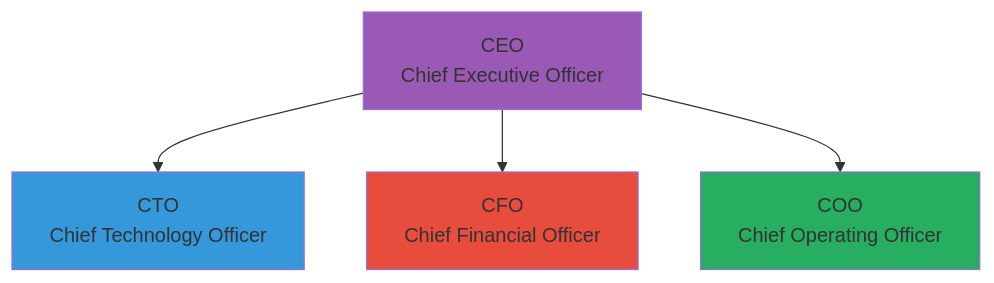
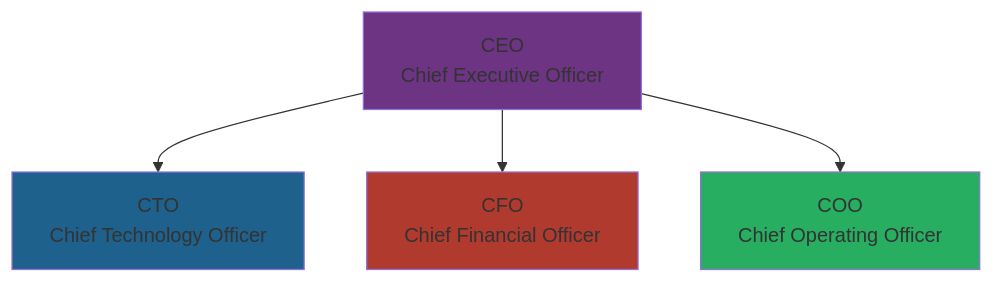
Before and after one commit to CipherOcto/cipherocto: the first of 5 diagrams in docs/06-operations/team/org-chart.md, drawn with Mermaid. The commit also changed other lines of this file and 13 other files, not shown here.

First line of the commit message:
Improve Mermaid diagram accessibility: Fix color contrast

````diff
--- a/docs/06-operations/team/org-chart.md
+++ b/docs/06-operations/team/org-chart.md
@@ -9,16 +9,16 @@
 ```mermaid
 graph TB
     CEO[CEO<br/>Chief Executive Officer]
     CTO[CTO<br/>Chief Technology Officer]
     CFO[CFO<br/>Chief Financial Officer]
     COO[COO<br/>Chief Operating Officer]
 
     CEO --> CTO
     CEO --> CFO
     CEO --> COO
 
-    style CEO fill:#9b59b6
-    style CTO fill:#3498db
-    style CFO fill:#e74c3c
+    style CEO fill:#6c3483
+    style CTO fill:#1f618d
+    style CFO fill:#b03a2e
     style COO fill:#27ae60
 ```
````
